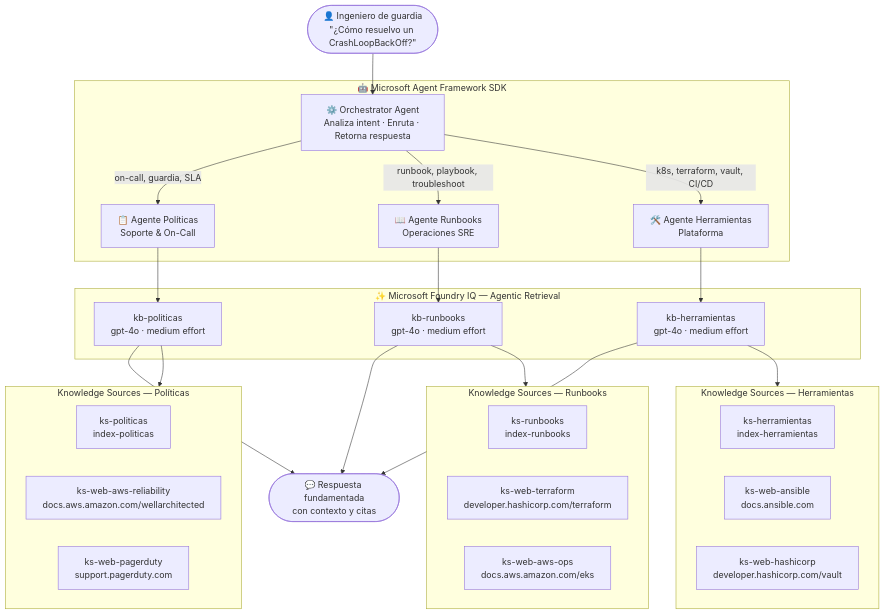
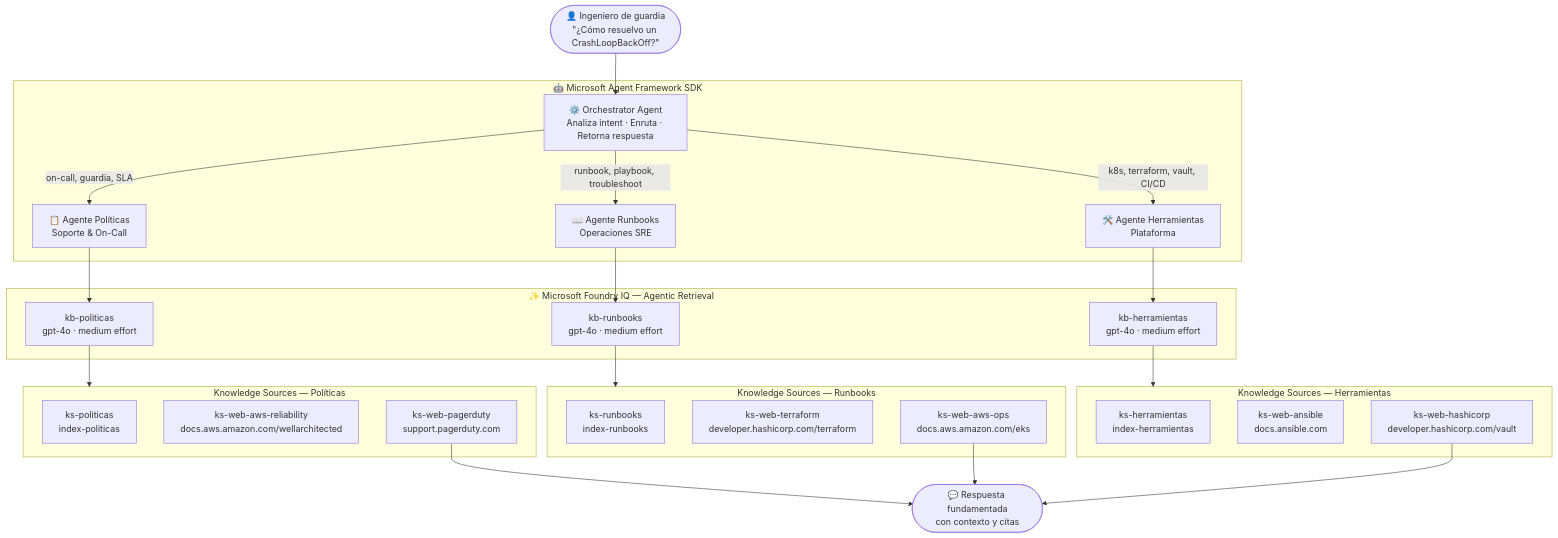
The first of 2 diagrams in README.md (Martin-Sciarrillo/Demo-DevOps-Days), drawn with Mermaid before and after one commit.

Commit message:
fix: mover nodo Respuesta debajo de KS en diagrama Mermaid

````diff
--- a/README.md
+++ b/README.md
@@ -28,51 +28,51 @@
 ```mermaid
 flowchart TD
     U(["👤 Ingeniero de guardia\n#quot;¿Cómo resuelvo un CrashLoopBackOff?#quot;"])
 
     subgraph AF["🤖 Microsoft Agent Framework SDK"]
         O["⚙️ Orchestrator Agent\nAnaliza intent · Enruta · Retorna respuesta"]
         A1["📋 Agente Políticas\nSoporte & On-Call"]
         A2["📖 Agente Runbooks\nOperaciones SRE"]
         A3["🛠️ Agente Herramientas\nPlataforma"]
     end
 
     subgraph FIQ["✨ Microsoft Foundry IQ — Agentic Retrieval"]
         KB1["kb-politicas\ngpt-4o · medium effort"]
         KB2["kb-runbooks\ngpt-4o · medium effort"]
         KB3["kb-herramientas\ngpt-4o · medium effort"]
     end
 
     subgraph SRC1["Knowledge Sources — Políticas"]
         P1["ks-politicas\nindex-politicas"]
         P2["ks-web-aws-reliability\ndocs.aws.amazon.com/wellarchitected"]
         P3["ks-web-pagerduty\nsupport.pagerduty.com"]
     end
 
     subgraph SRC2["Knowledge Sources — Runbooks"]
         R1["ks-runbooks\nindex-runbooks"]
         R2["ks-web-terraform\ndeveloper.hashicorp.com/terraform"]
         R3["ks-web-aws-ops\ndocs.aws.amazon.com/eks"]
     end
 
     subgraph SRC3["Knowledge Sources — Herramientas"]
         H1["ks-herramientas\nindex-herramientas"]
         H2["ks-web-ansible\ndocs.ansible.com"]
         H3["ks-web-hashicorp\ndeveloper.hashicorp.com/vault"]
     end
 
     RESP(["💬 Respuesta fundamentada\ncon contexto y citas"])
 
     U --> O
     O -->|"on-call, guardia, SLA"| A1
     O -->|"runbook, playbook, troubleshoot"| A2
     O -->|"k8s, terraform, vault, CI/CD"| A3
     A1 --> KB1
     A2 --> KB2
     A3 --> KB3
     KB1 --> SRC1
     KB2 --> SRC2
     KB3 --> SRC3
-    KB1 --> RESP
-    KB2 --> RESP
-    KB3 --> RESP
+    P3 --> RESP
+    R3 --> RESP
+    H3 --> RESP
 ```
````
